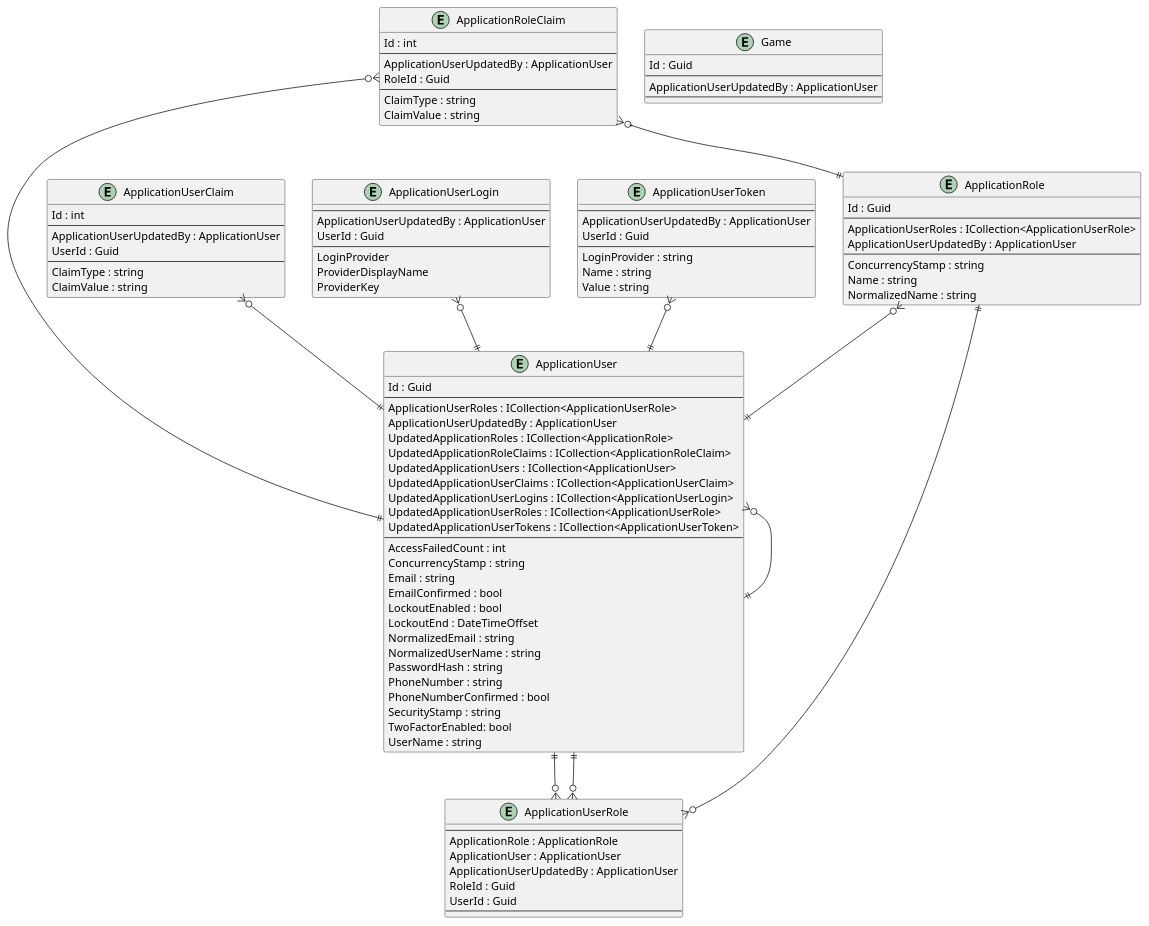
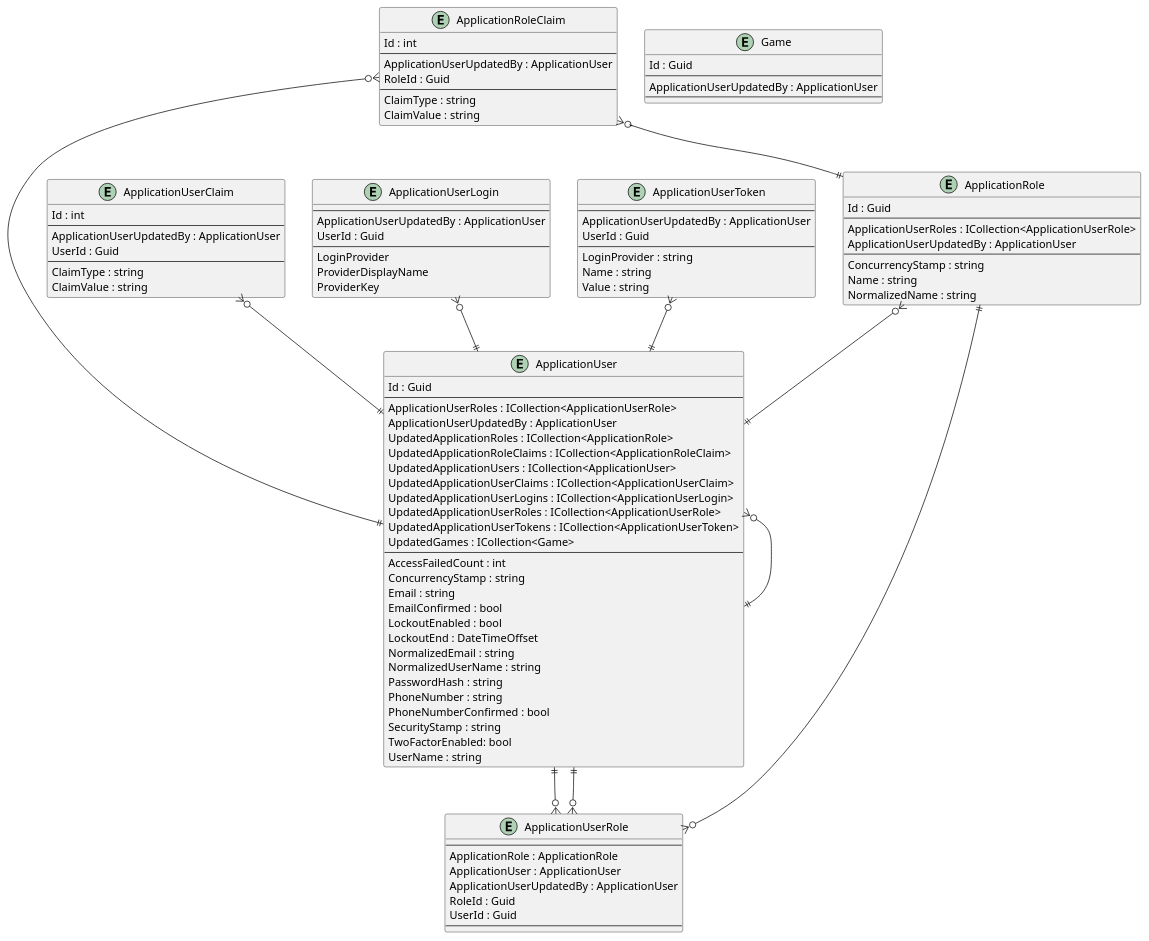
Before and after one commit to intrepion/https-www.youtube.com-watch-v-w8imy7LT9zY: the diagram in .docs/BlazorCrudDotNet8.pu, drawn with PlantUML.

Commit message:
gawk -i inplace "{ gsub(/' ApplicationUserKeyCodePlaceholder/, \"UpdatedGames : ICollection<Game>\n\ \ \ \ ' ApplicationUserKeyCodePlaceholder\") }; { print }" .docs/BlazorCrudDotNet8.pu

```diff
--- a/.docs/BlazorCrudDotNet8.pu
+++ b/.docs/BlazorCrudDotNet8.pu
@@ -1,118 +1,119 @@
 @startuml
 
 entity ApplicationRole {
     Id : Guid
     --
     ApplicationUserRoles : ICollection<ApplicationUserRole>
     ApplicationUserUpdatedBy : ApplicationUser
     --
     ConcurrencyStamp : string
     Name : string
     NormalizedName : string
 }
 
 entity ApplicationRoleClaim {
     Id : int
     --
     ApplicationUserUpdatedBy : ApplicationUser
     RoleId : Guid
     --
     ClaimType : string
     ClaimValue : string
 }
 
 entity ApplicationUser {
     Id : Guid
     --
     ApplicationUserRoles : ICollection<ApplicationUserRole>
     ApplicationUserUpdatedBy : ApplicationUser
     UpdatedApplicationRoles : ICollection<ApplicationRole>
     UpdatedApplicationRoleClaims : ICollection<ApplicationRoleClaim>
     UpdatedApplicationUsers : ICollection<ApplicationUser>
     UpdatedApplicationUserClaims : ICollection<ApplicationUserClaim>
     UpdatedApplicationUserLogins : ICollection<ApplicationUserLogin>
     UpdatedApplicationUserRoles : ICollection<ApplicationUserRole>
     UpdatedApplicationUserTokens : ICollection<ApplicationUserToken>
+    UpdatedGames : ICollection<Game>
     ' ApplicationUserKeyCodePlaceholder
     --
     AccessFailedCount : int
     ConcurrencyStamp : string
     Email : string
     EmailConfirmed : bool
     LockoutEnabled : bool
     LockoutEnd : DateTimeOffset
     NormalizedEmail : string
     NormalizedUserName : string
     PasswordHash : string
     PhoneNumber : string
     PhoneNumberConfirmed : bool
     SecurityStamp : string
     TwoFactorEnabled: bool
     UserName : string
 }
 
 entity ApplicationUserClaim {
     Id : int
     --
     ApplicationUserUpdatedBy : ApplicationUser
     UserId : Guid
     --
     ClaimType : string
     ClaimValue : string
 }
 
 entity ApplicationUserLogin {
     --
     ApplicationUserUpdatedBy : ApplicationUser
     UserId : Guid
     --
     LoginProvider
     ProviderDisplayName
     ProviderKey
 }
 
 entity ApplicationUserRole {
     --
     ApplicationRole : ApplicationRole
     ApplicationUser : ApplicationUser
     ApplicationUserUpdatedBy : ApplicationUser
     RoleId : Guid
     UserId : Guid
     --
 }
 
 entity ApplicationUserToken {
     --
     ApplicationUserUpdatedBy : ApplicationUser
     UserId : Guid
     --
     LoginProvider : string
     Name : string
     Value : string
 }
 
 entity Game {
     Id : Guid
     --
     ApplicationUserUpdatedBy : ApplicationUser
     ' GameKeyCodePlaceholder
     --
     ' GamePropertyCodePlaceholder
 }
 
 ' EntityCodePlaceholder
 
 ApplicationRole ||--o{ ApplicationUserRole
 ApplicationRole }o--|| ApplicationUser
 ApplicationRoleClaim }o--|| ApplicationRole
 ApplicationRoleClaim }o--|| ApplicationUser
 ApplicationUser }o--|| ApplicationUser
 ApplicationUser ||--o{ ApplicationUserRole
 ApplicationUserClaim }o--|| ApplicationUser
 ApplicationUserLogin }o--|| ApplicationUser
 ApplicationUserRole }o--|| ApplicationUser
 ApplicationUserToken }o--|| ApplicationUser
 
 ' RelationshipCodePlaceholder
 
 @enduml
```
